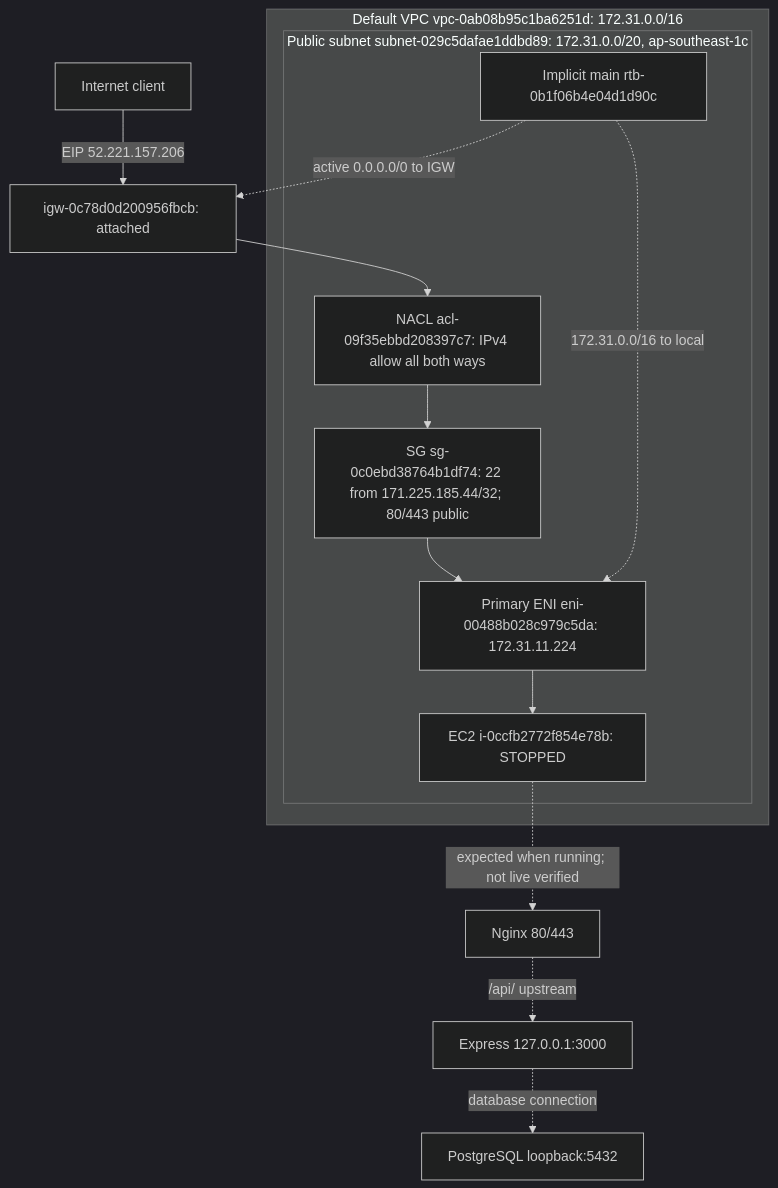
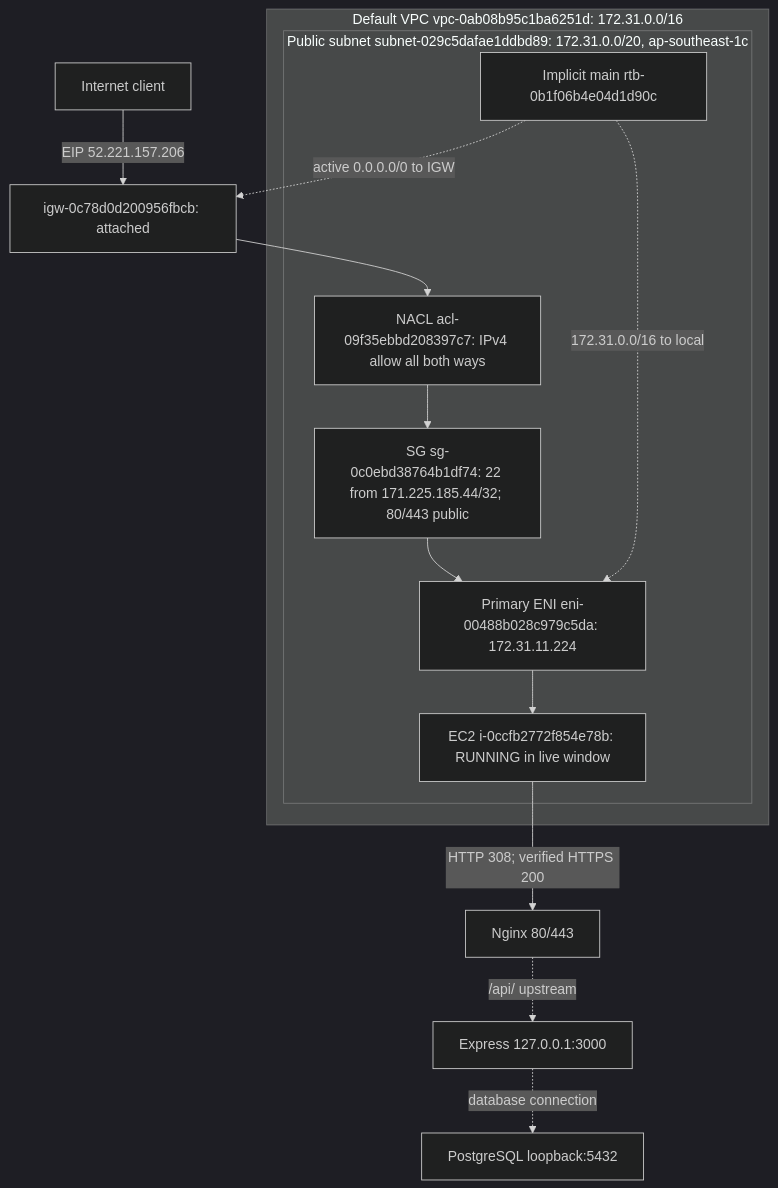
One commit to LVTIT/PBL4-517 changed the diagram in docs/aws/network-control-plane.md. Above: the diagram before and after it, drawn with Mermaid (dark theme). The commit also changed other lines of this file and 13 other files, not shown here.

````diff
--- a/docs/aws/network-control-plane.md
+++ b/docs/aws/network-control-plane.md
@@ -17,20 +20,20 @@
 ```mermaid
 flowchart TB
     Internet["Internet client"] -->|"EIP 52.221.157.206"| IGW["igw-0c78d0d200956fbcb: attached"]
     subgraph VPC["Default VPC vpc-0ab08b95c1ba6251d: 172.31.0.0/16"]
         subgraph Subnet["Public subnet subnet-029c5dafae1ddbd89: 172.31.0.0/20, ap-southeast-1c"]
             RT["Implicit main rtb-0b1f06b4e04d1d90c"]
             ACL["NACL acl-09f35ebbd208397c7: IPv4 allow all both ways"]
             SG["SG sg-0c0ebd38764b1df74: 22 from 171.225.185.44/32; 80/443 public"]
             ENI["Primary ENI eni-00488b028c979c5da: 172.31.11.224"]
-            EC2["EC2 i-0ccfb2772f854e78b: STOPPED"]
+            EC2["EC2 i-0ccfb2772f854e78b: RUNNING in live window"]
             ACL --> SG --> ENI --> EC2
             RT -. "172.31.0.0/16 to local" .-> ENI
         end
     end
     IGW --> ACL
     RT -. "active 0.0.0.0/0 to IGW" .-> IGW
-    EC2 -. "expected when running; not live verified" .-> Nginx["Nginx 80/443"]
+    EC2 -->|"HTTP 308; verified HTTPS 200"| Nginx["Nginx 80/443"]
     Nginx -. "/api/ upstream" .-> Express["Express 127.0.0.1:3000"]
     Express -. "database connection" .-> DB["PostgreSQL loopback:5432"]
 ```
````
